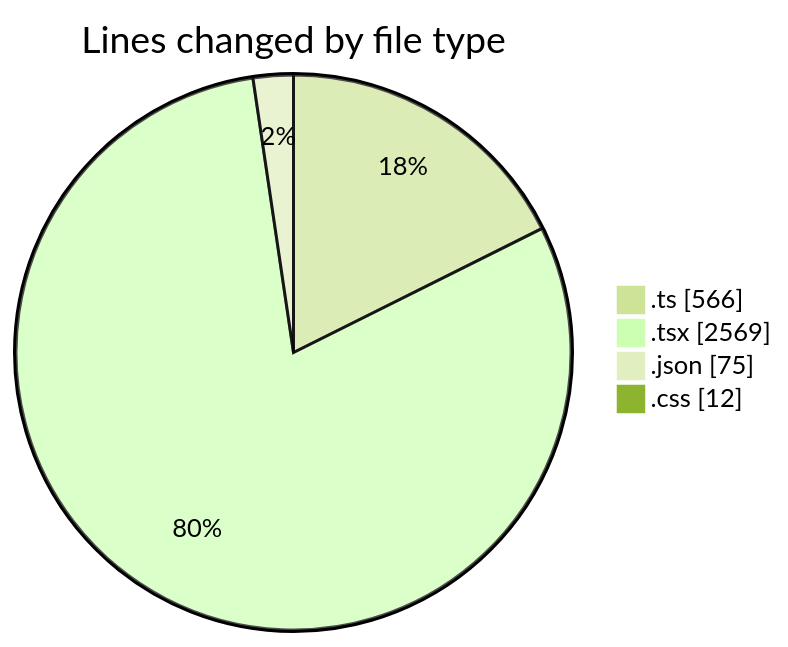
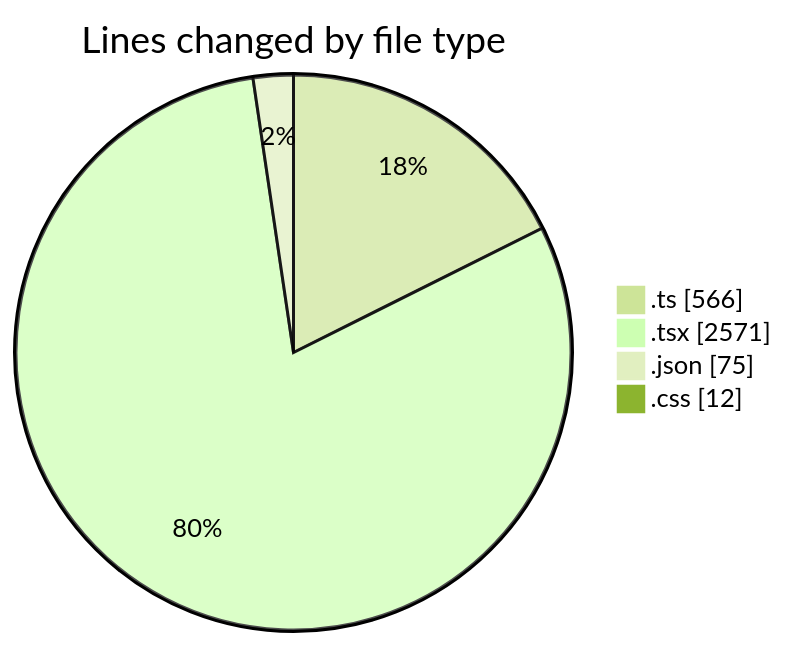
The first of 2 diagrams in 2025-01-27/termonied-web/README.md (robertbonfada/code-tracking), drawn with Mermaid (forest theme) before and after one commit. The commit also changed other lines of this file and 1 other file, not shown here.

````diff
--- a/2025-01-27/termonied-web/README.md
+++ b/2025-01-27/termonied-web/README.md
@@ -31,8 +31,8 @@
 ```mermaid
 pie showData
 title Lines changed by file type
 ".ts" : 566
-".tsx" : 2569
+".tsx" : 2571
 ".json" : 75
 ".css" : 12
 ```
````
